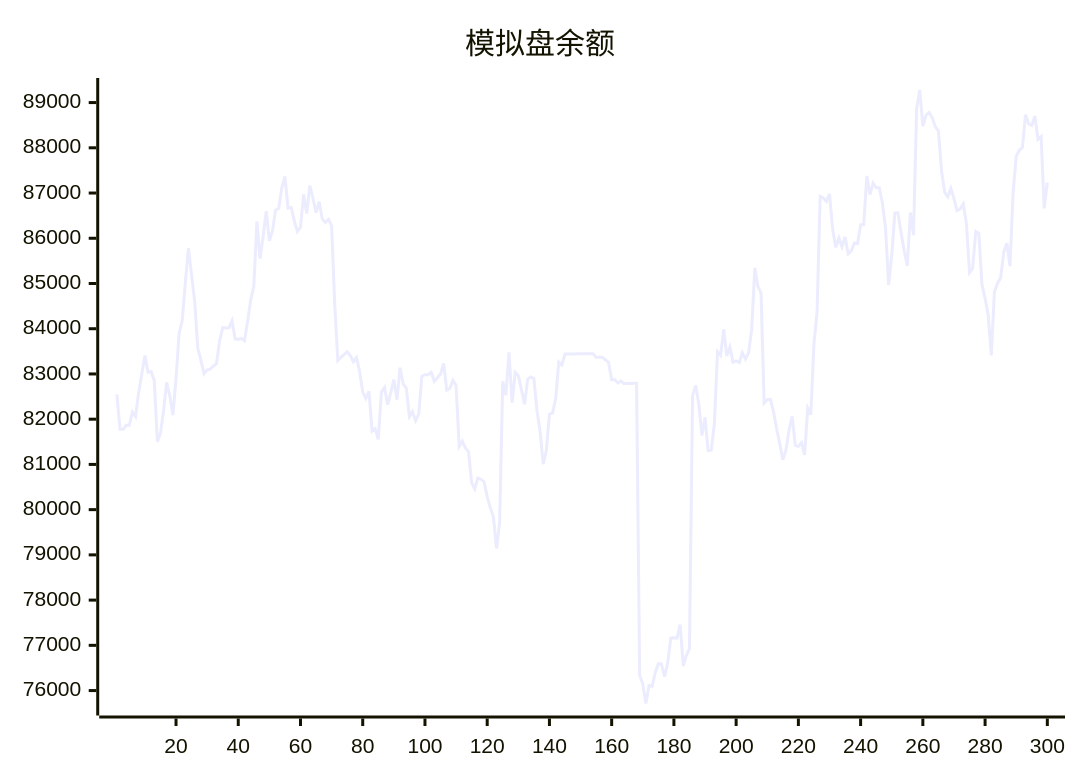
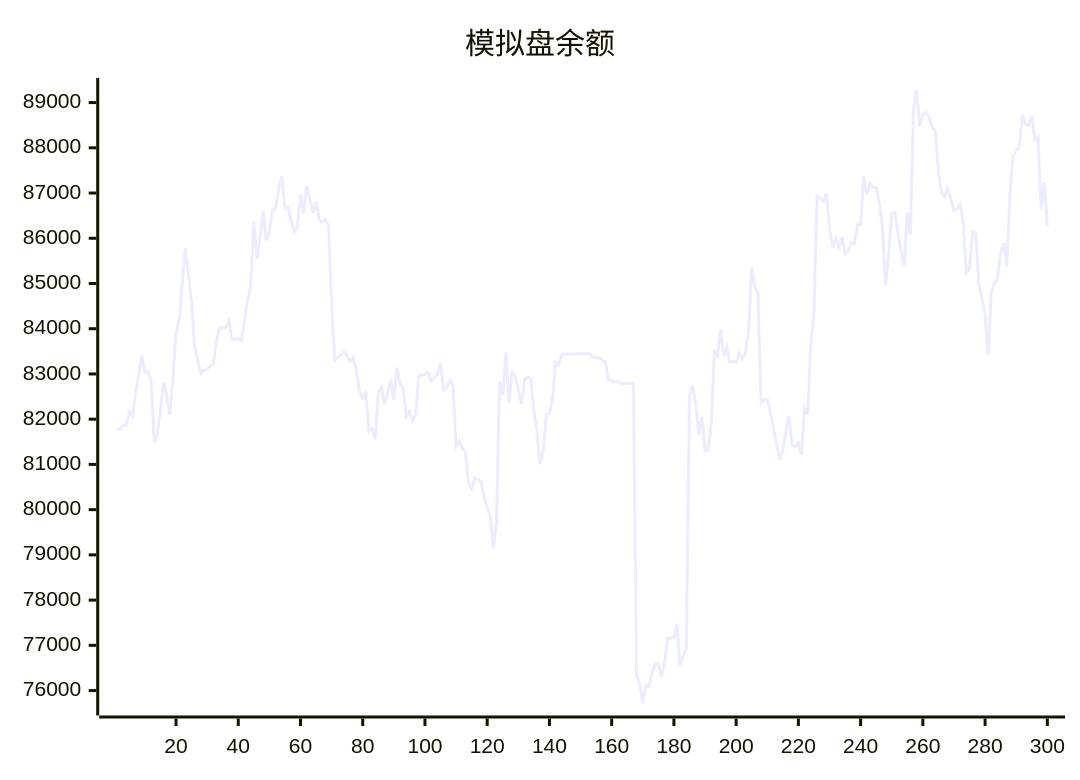
Before and after one commit to aahl/ai-trading: the diagram in README.md, drawn with Mermaid. The commit also changed other lines of this file and 1 other file, not shown here.

````diff
--- a/README.md
+++ b/README.md
@@ -5,5 +5,5 @@
 ```mermaid
 xychart
     title "模拟盘余额"
-    line [82547,81776,81776,81866,81866,82158,82061,82596,83000,83408,83041,83050,82858,81503,81691,82188,82812,82517,82092,82901,83898,84180,85030,85781,85178,84604,83569,83298,83008,83093,83107,83175,83228,83729,84025,84017,84019,84177,83775,83762,83785,83738,84160,84639,84939,86370,85548,86046,86599,85942,86161,86622,86664,87115,87369,86666,86685,86384,86152,86243,86969,86548,87164,86885,86566,86809,86427,86348,86417,86273,84538,83299,83369,83430,83490,83404,83270,83362,83056,82605,82459,82614,81734,81788,81551,82598,82702,82320,82580,82878,82426,83139,82778,82686,82056,82166,81963,82110,82951,82983,82984,83038,82838,82915,82998,83235,82642,82682,82858,82746,81396,81512,81362,81277,80600,80461,80699,80673,80616,80288,80038,79836,79142,79722,82837,82533,83480,82366,83032,82960,82654,82330,82883,82934,82901,82188,81728,81005,81298,82110,82135,82449,83264,83203,83440,83439,83440,83440,83446,83447,83448,83447,83448,83449,83369,83369,83369,83313,83256,82872,82873,82801,82844,82785,82791,82791,82793,82794,76339,76145,75714,76110,76096,76397,76594,76585,76310,76607,77160,77170,77160,77456,76541,76774,76927,82520,82744,82337,81639,82040,81307,81314,81887,83490,83414,83984,83396,83594,83261,83287,83253,83470,83327,83465,83987,85348,84930,84786,82355,82433,82438,82167,81795,81466,81105,81315,81756,82064,81426,81398,81481,81210,82242,82099,83658,84359,86925,86892,86814,86980,86203,85802,86003,85811,86028,85657,85721,85896,85880,86300,86299,87378,86965,87214,87115,87118,86780,86238,84966,85623,86555,86562,86129,85722,85387,86569,86070,88870,89278,88477,88720,88781,88668,88467,88372,87493,87018,86917,87102,86870,86613,86644,86758,86317,85242,85334,86149,86106,84968,84671,84302,83410,84816,85001,85127,85693,85891,85384,87001,87811,87945,88007,88734,88528,88495,88705,88189,88248,86662,87234]
+    line [81776,81776,81866,81866,82158,82061,82596,83000,83408,83041,83050,82858,81503,81691,82188,82812,82517,82092,82901,83898,84180,85030,85781,85178,84604,83569,83298,83008,83093,83107,83175,83228,83729,84025,84017,84019,84177,83775,83762,83785,83738,84160,84639,84939,86370,85548,86046,86599,85942,86161,86622,86664,87115,87369,86666,86685,86384,86152,86243,86969,86548,87164,86885,86566,86809,86427,86348,86417,86273,84538,83299,83369,83430,83490,83404,83270,83362,83056,82605,82459,82614,81734,81788,81551,82598,82702,82320,82580,82878,82426,83139,82778,82686,82056,82166,81963,82110,82951,82983,82984,83038,82838,82915,82998,83235,82642,82682,82858,82746,81396,81512,81362,81277,80600,80461,80699,80673,80616,80288,80038,79836,79142,79722,82837,82533,83480,82366,83032,82960,82654,82330,82883,82934,82901,82188,81728,81005,81298,82110,82135,82449,83264,83203,83440,83439,83440,83440,83446,83447,83448,83447,83448,83449,83369,83369,83369,83313,83256,82872,82873,82801,82844,82785,82791,82791,82793,82794,76339,76145,75714,76110,76096,76397,76594,76585,76310,76607,77160,77170,77160,77456,76541,76774,76927,82520,82744,82337,81639,82040,81307,81314,81887,83490,83414,83984,83396,83594,83261,83287,83253,83470,83327,83465,83987,85348,84930,84786,82355,82433,82438,82167,81795,81466,81105,81315,81756,82064,81426,81398,81481,81210,82242,82099,83658,84359,86925,86892,86814,86980,86203,85802,86003,85811,86028,85657,85721,85896,85880,86300,86299,87378,86965,87214,87115,87118,86780,86238,84966,85623,86555,86562,86129,85722,85387,86569,86070,88870,89278,88477,88720,88781,88668,88467,88372,87493,87018,86917,87102,86870,86613,86644,86758,86317,85242,85334,86149,86106,84968,84671,84302,83410,84816,85001,85127,85693,85891,85384,87001,87811,87945,88007,88734,88528,88495,88705,88189,88248,86662,87234,86279]
 ```
````
